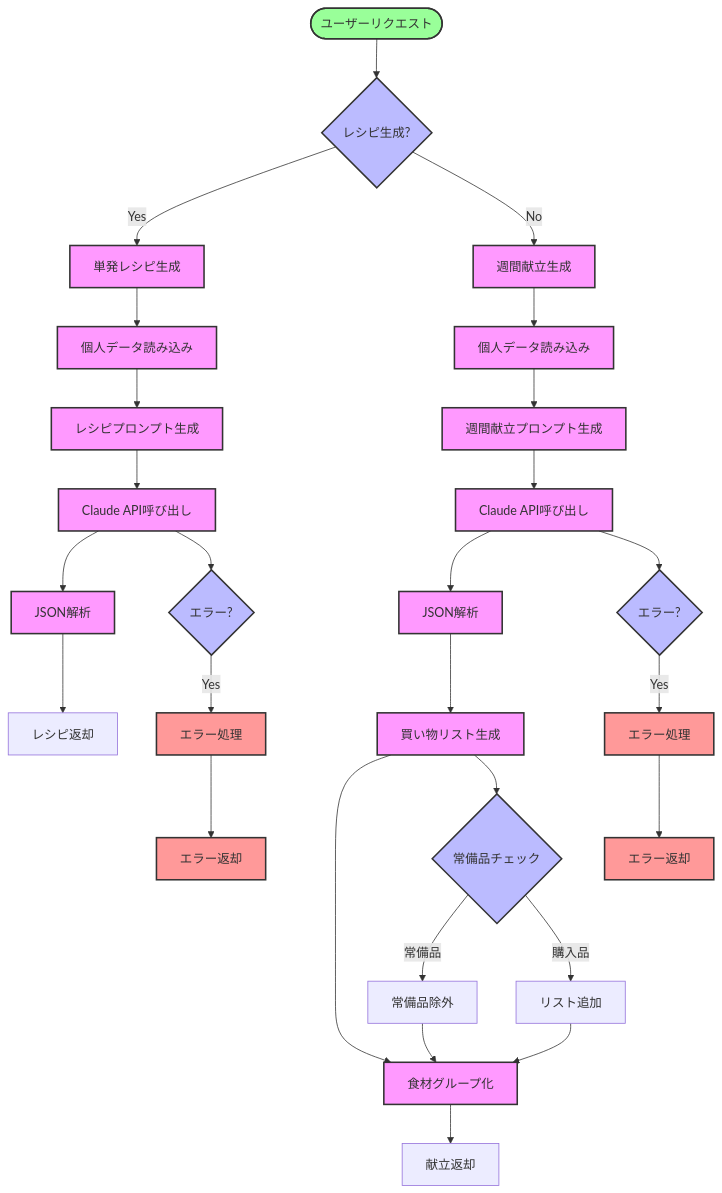
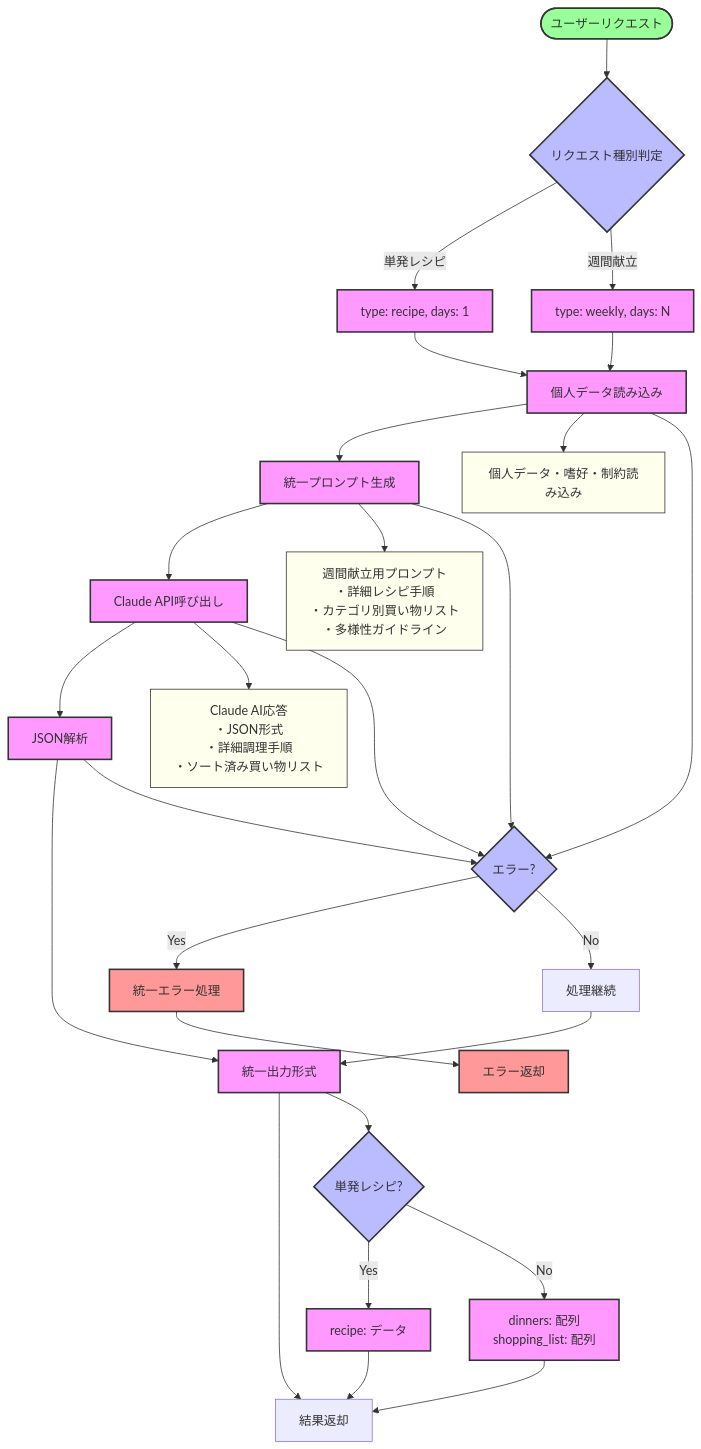
One commit to Clionegohan/flavia-agent changed the first of 4 diagrams in docs/AGENT_FLOW.md. Above: the diagram before and after it, drawn with Mermaid. The commit also changed other lines of this file and 1 other file, not shown here.

````diff
--- a/docs/AGENT_FLOW.md
+++ b/docs/AGENT_FLOW.md
@@ -5,49 +5,54 @@
 ```mermaid
 graph TD
-    %% メインフロー
-    Start([ユーザーリクエスト]) --> RecipeGen{レシピ生成?}
-    RecipeGen -->|Yes| SingleRecipe[単発レシピ生成]
-    RecipeGen -->|No| WeeklyPlan[週間献立生成]
+    %% メインフロー - 統一化されたパイプライン
+    Start([ユーザーリクエスト]) --> DetermineType{リクエスト種別判定}
+    DetermineType -->|単発レシピ| SetTypeSingle[type: recipe, days: 1]
+    DetermineType -->|週間献立| SetTypeWeekly[type: weekly, days: N]
     
-    %% 単発レシピ生成フロー
-    SingleRecipe --> LoadContext1[個人データ読み込み]
-    LoadContext1 --> CreatePrompt1[レシピプロンプト生成]
-    CreatePrompt1 --> CallAI1[Claude API呼び出し]
-    CallAI1 --> ParseJSON1[JSON解析]
-    ParseJSON1 --> ReturnRecipe[レシピ返却]
+    %% 統一処理パイプライン
+    SetTypeSingle --> LoadContext[個人データ読み込み]
+    SetTypeWeekly --> LoadContext
     
-    %% 週間献立生成フロー
-    WeeklyPlan --> LoadContext2[個人データ読み込み]
-    LoadContext2 --> CreatePrompt2[週間献立プロンプト生成]
-    CreatePrompt2 --> CallAI2[Claude API呼び出し]
-    CallAI2 --> ParseJSON2[JSON解析]
-    ParseJSON2 --> GenShoppingList[買い物リスト生成]
-    GenShoppingList --> GroupIngredients[食材グループ化]
-    GroupIngredients --> ReturnPlan[献立返却]
+    LoadContext --> CreatePrompt[統一プロンプト生成]
+    CreatePrompt --> CallAI[Claude API呼び出し]
+    CallAI --> ParseJSON[JSON解析]
+    ParseJSON --> FormatOutput[統一出力形式]
+    FormatOutput --> ReturnResult[結果返却]
     
-    %% 買い物リスト処理
-    GenShoppingList --> CheckPantry{常備品チェック}
-    CheckPantry -->|常備品| ExcludePantry[常備品除外]
-    CheckPantry -->|購入品| AddToList[リスト追加]
-    ExcludePantry --> GroupIngredients
-    AddToList --> GroupIngredients
+    %% 詳細処理内容
+    LoadContext --> LoadPersonalData[個人データ・嗜好・制約読み込み]
+    CreatePrompt --> WeeklyPrompt[週間献立用プロンプト<br/>・詳細レシピ手順<br/>・カテゴリ別買い物リスト<br/>・多様性ガイドライン]
+    
+    CallAI --> AIResponse[Claude AI応答<br/>・JSON形式<br/>・詳細調理手順<br/>・ソート済み買い物リスト]
+    
+    FormatOutput --> RecipeFormat{単発レシピ?}
+    RecipeFormat -->|Yes| SingleRecipe[recipe: データ]
+    RecipeFormat -->|No| WeeklyPlan[dinners: 配列<br/>shopping_list: 配列]
+    
+    SingleRecipe --> ReturnResult
+    WeeklyPlan --> ReturnResult
     
     %% エラーハンドリング
-    CallAI1 --> Error1{エラー?}
-    CallAI2 --> Error2{エラー?}
-    Error1 -->|Yes| HandleError1[エラー処理]
-    Error2 -->|Yes| HandleError2[エラー処理]
-    HandleError1 --> ReturnError1[エラー返却]
-    HandleError2 --> ReturnError2[エラー返却]
+    LoadContext --> Error{エラー?}
+    CreatePrompt --> Error
+    CallAI --> Error
+    ParseJSON --> Error
+    Error -->|Yes| HandleError[統一エラー処理]
+    Error -->|No| Continue[処理継続]
+    HandleError --> ReturnError[エラー返却]
+    Continue --> FormatOutput
     
     %% スタイル定義
     classDef process fill:#f9f,stroke:#333,stroke-width:2px;
     classDef decision fill:#bbf,stroke:#333,stroke-width:2px;
     classDef start fill:#9f9,stroke:#333,stroke-width:2px;
     classDef error fill:#f99,stroke:#333,stroke-width:2px;
+    classDef unified fill:#9ff,stroke:#333,stroke-width:3px;
+    classDef detail fill:#ffe,stroke:#333,stroke-width:1px;
     
     class Start start;
-    class RecipeGen,CheckPantry,Error1,Error2 decision;
-    class SingleRecipe,WeeklyPlan,LoadContext1,LoadContext2,CreatePrompt1,CreatePrompt2,CallAI1,CallAI2,ParseJSON1,ParseJSON2,GenShoppingList,GroupIngredients process;
-    class HandleError1,HandleError2,ReturnError1,ReturnError2 error;
+    class DetermineType,RecipeFormat,Error decision;
+    class SetTypeSingle,SetTypeWeekly,LoadContext,CreatePrompt,CallAI,ParseJSON,FormatOutput,SingleRecipe,WeeklyPlan process;
+    class HandleError,ReturnError error;
+    class LoadPersonalData,WeeklyPrompt,AIResponse detail;
 ```
````
